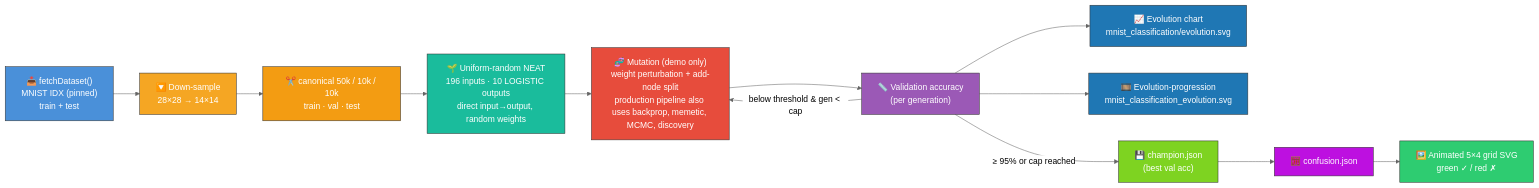
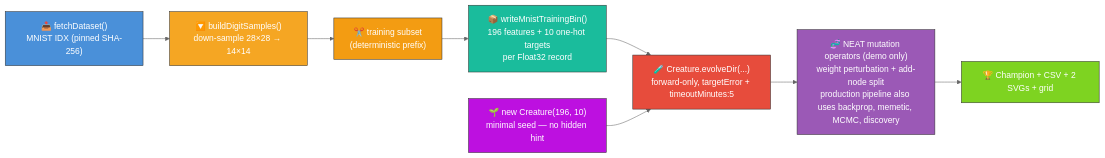
One commit to stSoftwareAU/NEAT-AI-Examples changed the diagram in mnist_classification/README.md. Above: the diagram before and after it, drawn with Mermaid (neutral theme). The commit also changed other lines of this file and 10 other files, not shown here.

First line of the commit message:
mnist_classification: minimal seed + measured telemetry (#210)

````diff
--- a/mnist_classification/README.md
+++ b/mnist_classification/README.md
@@ -62,32 +20,23 @@
 ```mermaid
 flowchart LR
-    DL["📥 fetchDataset()<br/>MNIST IDX (pinned)<br/>train + test"]
-    DOWN["🔽 Down-sample<br/>28×28 → 14×14"]
-    SPLIT["✂️ canonical 50k / 10k / 10k<br/>train · val · test"]
-    NOISE["🌱 Uniform-random NEAT<br/>196 inputs · 10 LOGISTIC outputs<br/>direct input→output, random weights"]
-    MUT["🧬 Mutation (demo only)<br/>weight perturbation + add-node split<br/>production pipeline also uses backprop, memetic, MCMC, discovery"]
-    SCORE["📏 Validation accuracy<br/>(per generation)"]
-    CHART["📈 Evolution chart<br/>mnist_classification/evolution.svg"]
-    STRIP["🎞️ Evolution-progression<br/>mnist_classification_evolution.svg"]
-    CHAMP["💾 champion.json<br/>(best val acc)"]
-    CONF["🧮 confusion.json"]
-    GRID["🖼️ Animated 5×4 grid SVG<br/>green ✓ / red ✗"]
-
-    DL --> DOWN --> SPLIT --> NOISE --> MUT --> SCORE
-    SCORE -- below threshold & gen < cap --> MUT
-    SCORE -- ≥ 95% or cap reached --> CHAMP --> CONF --> GRID
-    SCORE --> CHART
-    SCORE --> STRIP
+    DL["📥 fetchDataset()<br/>MNIST IDX (pinned SHA-256)"]
+    SAMPLES["🔽 buildDigitSamples()<br/>down-sample 28×28 → 14×14"]
+    SUBSET["✂️ training subset<br/>(deterministic prefix)"]
+    BIN["📦 writeMnistTrainingBin()<br/>196 features + 10 one-hot targets<br/>per Float32 record"]
+    SEED["🌱 new Creature(196, 10)<br/>minimal seed — no hidden hint"]
+    EVOLVE["🧪 Creature.evolveDir(...)<br/>forward-only, targetError + timeoutMinutes:5"]
+    MUT["🧬 NEAT mutation operators (demo only)<br/>weight perturbation + add-node split<br/>production pipeline also uses backprop, memetic, MCMC, discovery"]
+    OUT["🏆 Champion + CSV + 2 SVGs + grid"]
+    DL --> SAMPLES --> SUBSET --> BIN --> EVOLVE
+    SEED --> EVOLVE
+    EVOLVE --> MUT --> OUT
 
     style DL fill:#4a90d9,stroke:#333,color:#fff
-    style DOWN fill:#f5a623,stroke:#333,color:#fff
-    style SPLIT fill:#f39c12,stroke:#333,color:#fff
-    style NOISE fill:#1abc9c,stroke:#333,color:#fff
-    style MUT fill:#e74c3c,stroke:#333,color:#fff
-    style SCORE fill:#9b59b6,stroke:#333,color:#fff
-    style CHART fill:#1f77b4,stroke:#333,color:#fff
-    style STRIP fill:#1f77b4,stroke:#333,color:#fff
-    style CHAMP fill:#7ed321,stroke:#333,color:#fff
-    style CONF fill:#bd10e0,stroke:#333,color:#fff
-    style GRID fill:#2ecc71,stroke:#333,color:#fff
+    style SAMPLES fill:#f5a623,stroke:#333,color:#fff
+    style SUBSET fill:#f39c12,stroke:#333,color:#fff
+    style BIN fill:#1abc9c,stroke:#333,color:#fff
+    style SEED fill:#bd10e0,stroke:#333,color:#fff
+    style EVOLVE fill:#e74c3c,stroke:#333,color:#fff
+    style MUT fill:#9b59b6,stroke:#333,color:#fff
+    style OUT fill:#7ed321,stroke:#333,color:#fff
 ```
````
